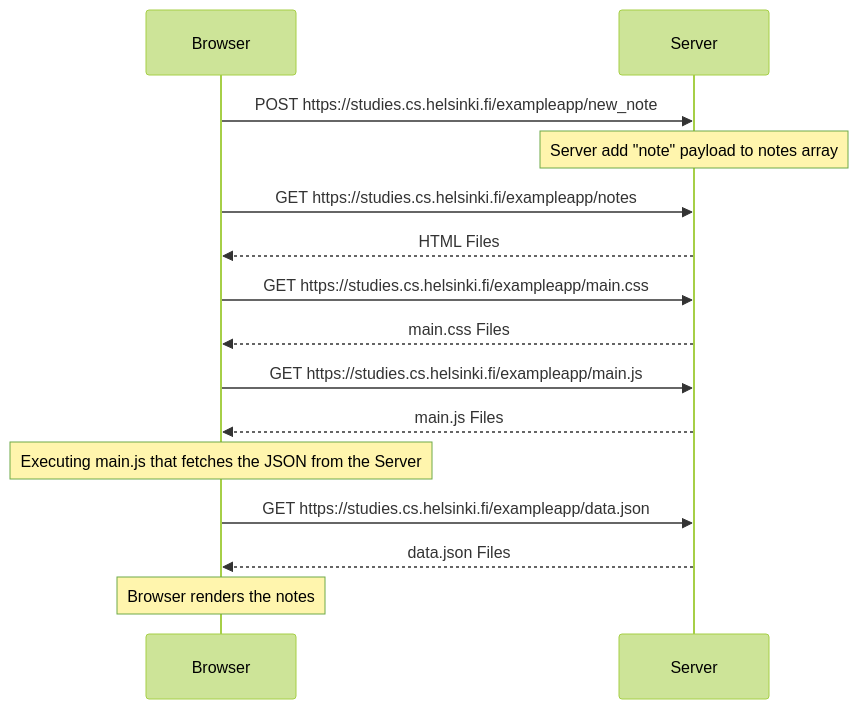
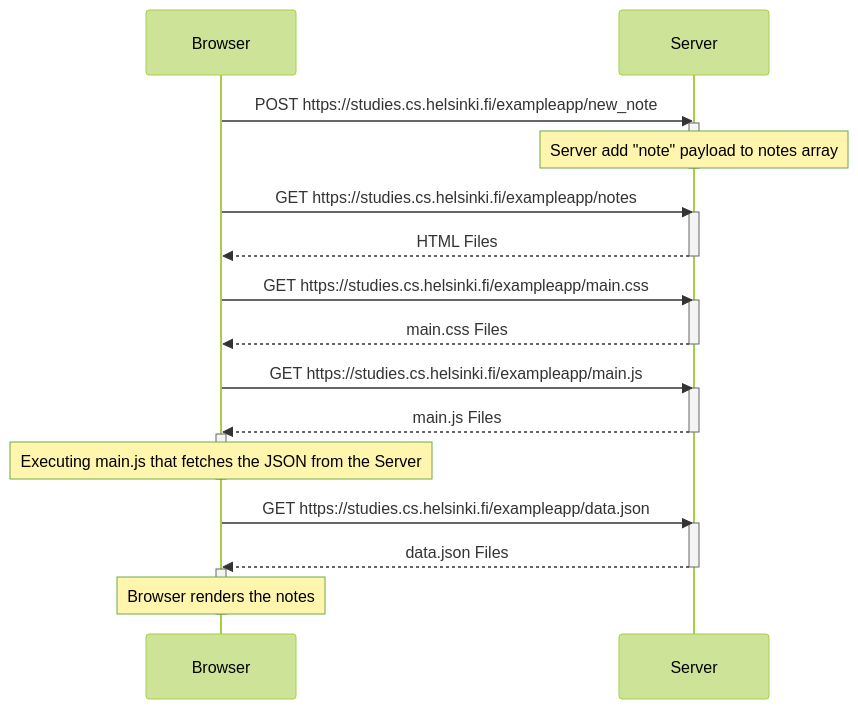
One commit to stevelaurensius/fullstackopen changed the diagram in part0/0.4 New note diagram.md. Above: the diagram before and after it, drawn with Mermaid (forest theme).

Commit message:
Update 0.4 New note diagram.md
Added Server and Browser activated

````diff
--- a/part0/0.4 New note diagram.md
+++ b/part0/0.4 New note diagram.md
@@ -1,22 +1,38 @@
 ```mermaid
 sequenceDiagram
     participant Browser
     participant Server
 
     Browser->>Server: POST https://studies.cs.helsinki.fi/exampleapp/new_note
+    activate Server
     Note over Server: Server add "note" payload to notes array
+    deactivate Server
 
     Browser->>Server: GET https://studies.cs.helsinki.fi/exampleapp/notes
+    activate Server
     Server-->>Browser: HTML Files
+    deactivate Server
 
     Browser->>Server: GET https://studies.cs.helsinki.fi/exampleapp/main.css
+    activate Server
     Server-->>Browser: main.css Files
+    deactivate Server
 
     Browser->>Server: GET https://studies.cs.helsinki.fi/exampleapp/main.js
+    activate Server
     Server-->>Browser: main.js Files
-    Note over Browser:   Executing main.js that fetches the JSON from the Server  
+    deactivate Server
+
+    activate Browser
+    Note over Browser:   Executing main.js that fetches the JSON from the Server
+    deactivate Browser
 
     Browser->>Server: GET https://studies.cs.helsinki.fi/exampleapp/data.json
+    activate Server
     Server-->>Browser: data.json Files
+    deactivate Server
+
+    activate Browser
     Note over Browser: Browser renders the notes
+    deactivate Browser
 ```
````
